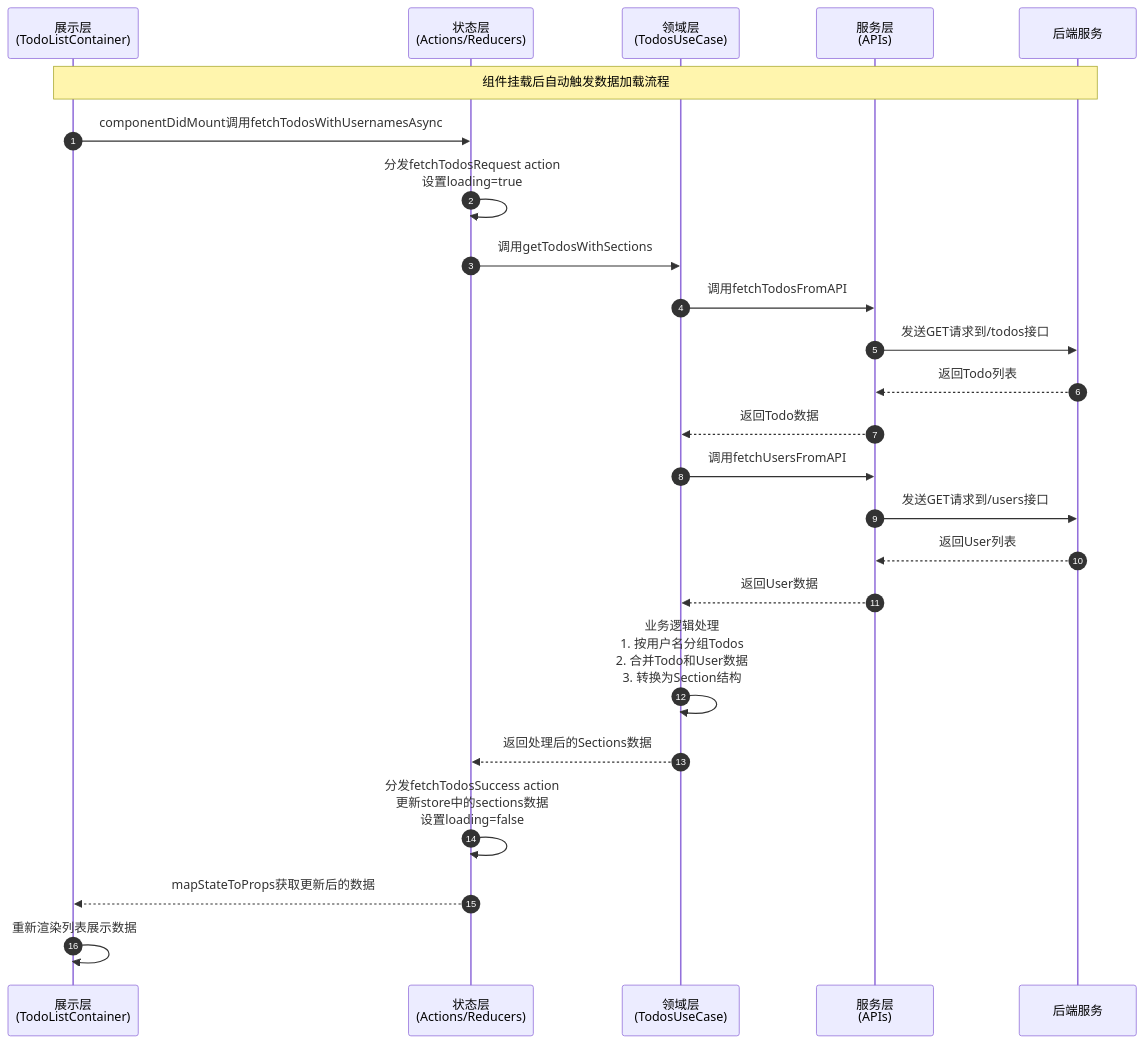
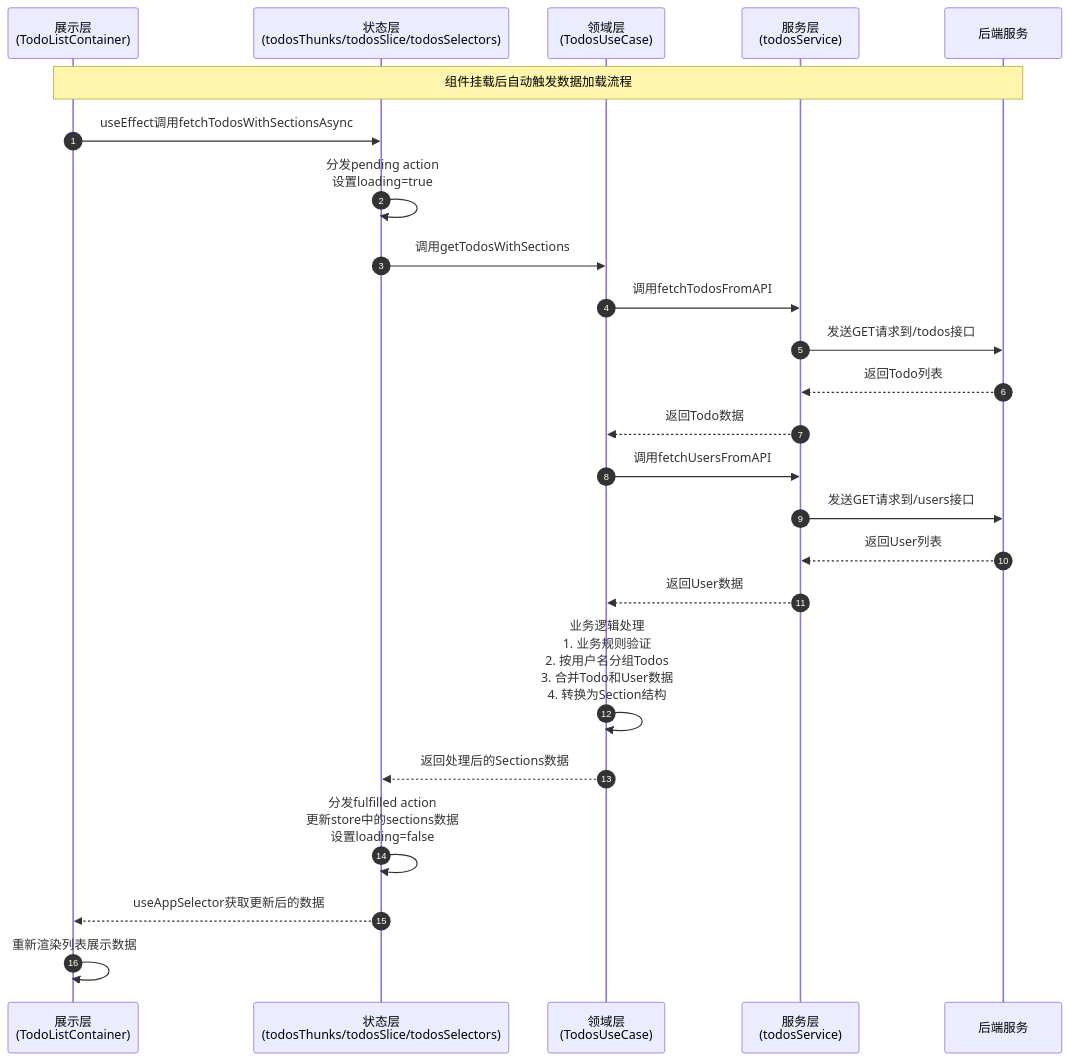
One commit to XReactNatives/TodosReactNative changed the second of 7 diagrams in architecture.md. Above: the diagram before and after it, drawn with Mermaid. The commit also changed other lines of this file and 3 other files, not shown here.

````diff
--- a/architecture.md
+++ b/architecture.md
@@ -29,27 +73,27 @@
 ```mermaid
 sequenceDiagram
     autonumber
     participant View as 展示层<br>(TodoListContainer)
-    participant State as 状态层<br>(Actions/Reducers)
+    participant State as 状态层<br>(todosThunks/todosSlice/todosSelectors)
     participant Domain as 领域层<br>(TodosUseCase)
-    participant Service as 服务层<br>(APIs)
+    participant Service as 服务层<br>(todosService)
     participant Backend as 后端服务
 
     Note over View,Backend: 组件挂载后自动触发数据加载流程
-    View->>State: componentDidMount调用fetchTodosWithUsernamesAsync
-    State->>State: 分发fetchTodosRequest action<br>设置loading=true
+    View->>State: useEffect调用fetchTodosWithSectionsAsync
+    State->>State: 分发pending action<br>设置loading=true
     State->>Domain: 调用getTodosWithSections
     Domain->>Service: 调用fetchTodosFromAPI
     Service->>Backend: 发送GET请求到/todos接口
     Backend-->>Service: 返回Todo列表
     Service-->>Domain: 返回Todo数据
     Domain->>Service: 调用fetchUsersFromAPI
     Service->>Backend: 发送GET请求到/users接口
     Backend-->>Service: 返回User列表
     Service-->>Domain: 返回User数据
-    Domain->>Domain: 业务逻辑处理<br>1. 按用户名分组Todos<br>2. 合并Todo和User数据<br>3. 转换为Section结构
+    Domain->>Domain: 业务逻辑处理<br>1. 业务规则验证<br>2. 按用户名分组Todos<br>3. 合并Todo和User数据<br>4. 转换为Section结构
     Domain-->>State: 返回处理后的Sections数据
-    State->>State: 分发fetchTodosSuccess action<br>更新store中的sections数据<br>设置loading=false
-    State-->>View: mapStateToProps获取更新后的数据
+    State->>State: 分发fulfilled action<br>更新store中的sections数据<br>设置loading=false
+    State-->>View: useAppSelector获取更新后的数据
     View->>View: 重新渲染列表展示数据
 ```
````
